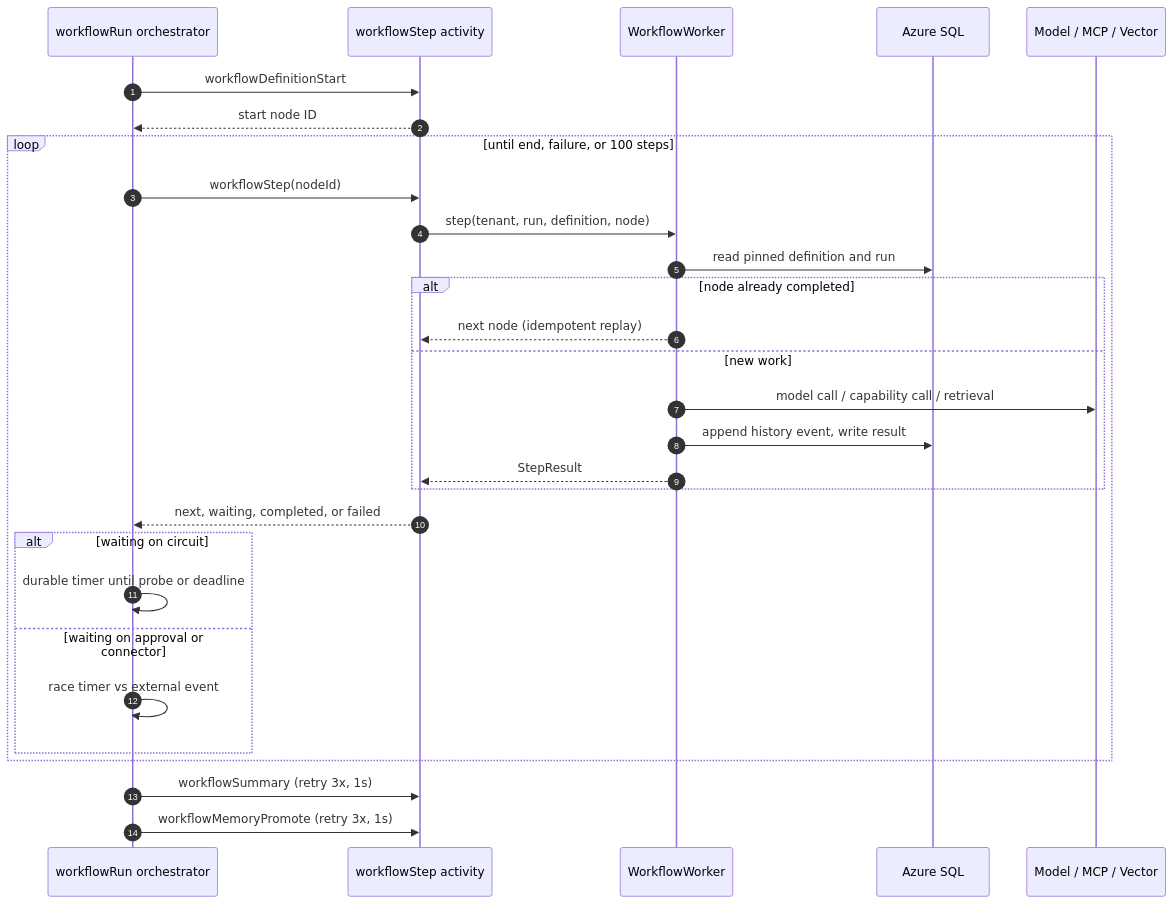
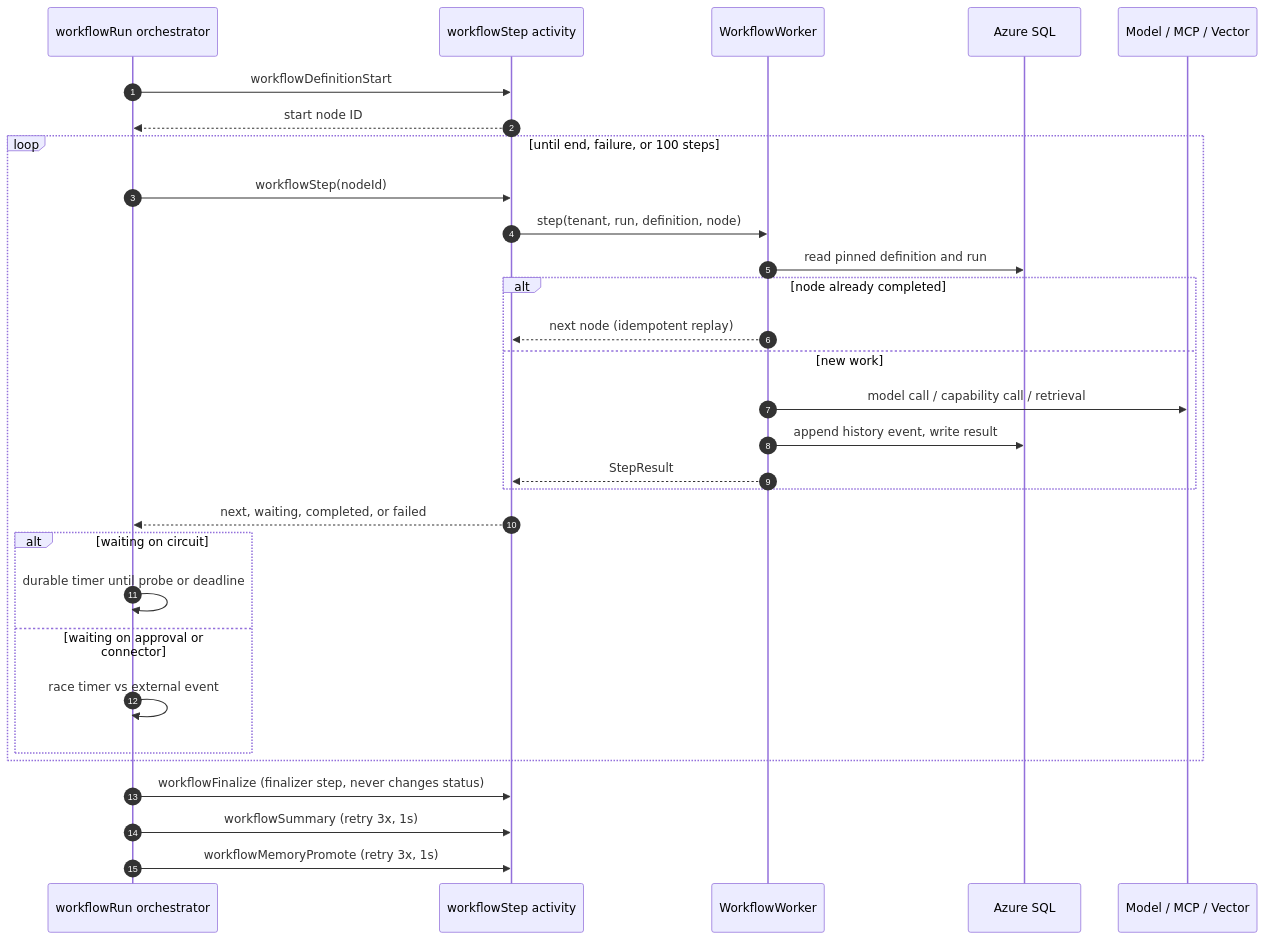
The fourth of 16 diagrams in README.md (SmayanKulkarni/Enterprise-Agent-Automation-Platform), drawn with Mermaid before and after one commit. The commit also changed other lines of this file and 135 other files, not shown here.

````diff
--- a/README.md
+++ b/README.md
@@ -250,32 +411,33 @@
 ```mermaid
 sequenceDiagram
     autonumber
     participant O as workflowRun orchestrator
     participant S as workflowStep activity
     participant W as WorkflowWorker
     participant DB as Azure SQL
     participant X as Model / MCP / Vector
 
     O->>S: workflowDefinitionStart
     S-->>O: start node ID
     loop until end, failure, or 100 steps
         O->>S: workflowStep(nodeId)
         S->>W: step(tenant, run, definition, node)
         W->>DB: read pinned definition and run
         alt node already completed
             W-->>S: next node (idempotent replay)
         else new work
             W->>X: model call / capability call / retrieval
             W->>DB: append history event, write result
             W-->>S: StepResult
         end
         S-->>O: next, waiting, completed, or failed
         alt waiting on circuit
             O->>O: durable timer until probe or deadline
         else waiting on approval or connector
             O->>O: race timer vs external event
         end
     end
+    O->>S: workflowFinalize (finalizer step, never changes status)
     O->>S: workflowSummary (retry 3x, 1s)
     O->>S: workflowMemoryPromote (retry 3x, 1s)
 ```
````
